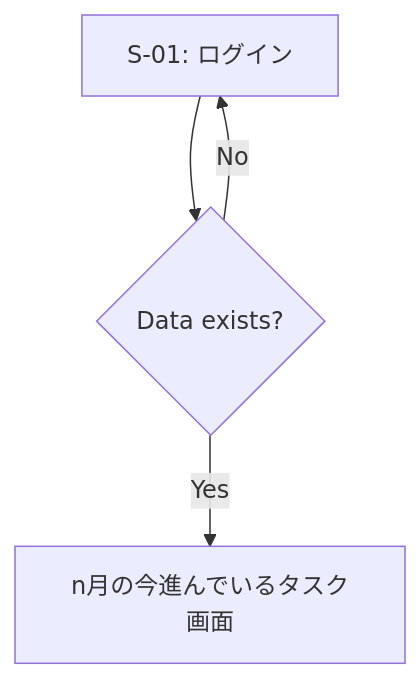
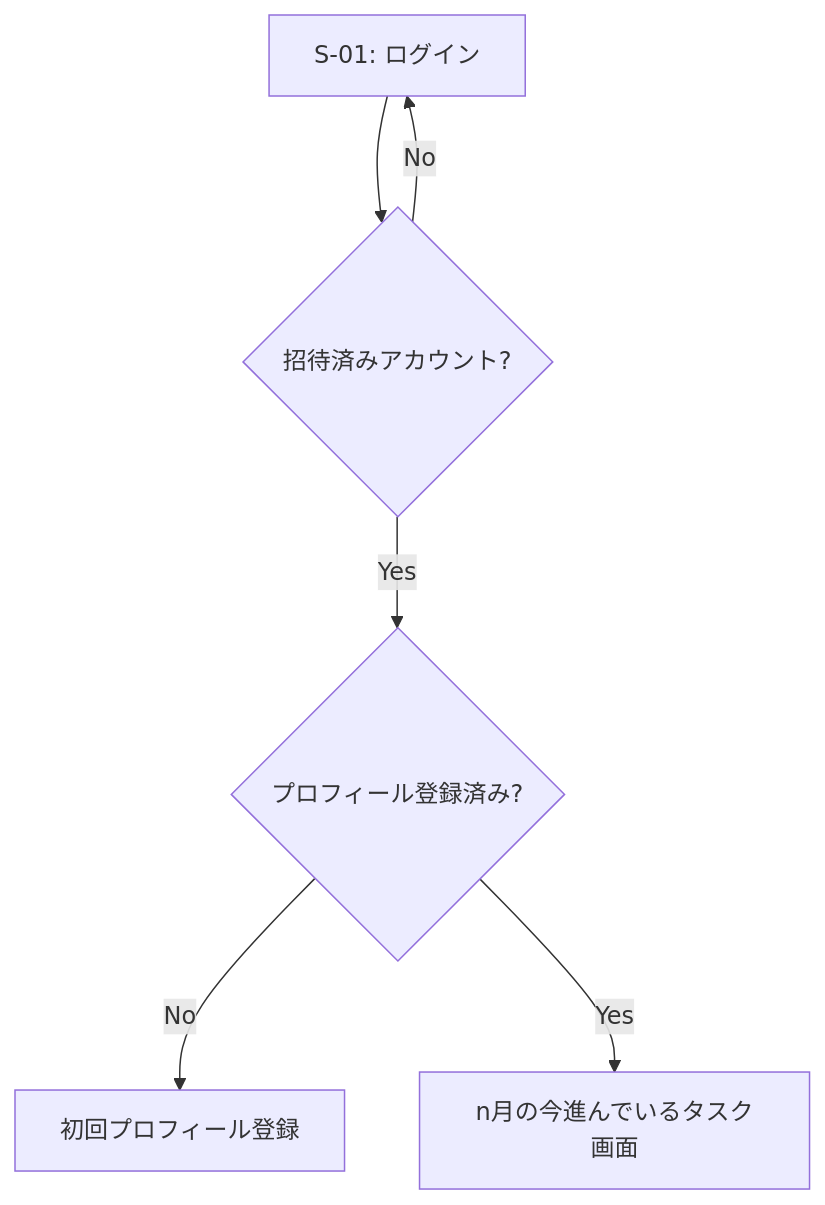
The eighth of 8 diagrams in doc/03_screen-flow.md (StepByCode/ashiato), drawn with Mermaid before and after one commit. The commit also changed other lines of this file and 10 other files, not shown here.

Commit message:
Fix login flow and secure invite access

````diff
--- a/doc/03_screen-flow.md
+++ b/doc/03_screen-flow.md
@@ -121,6 +123,8 @@
 ```mermaid
 flowchart TD
-    S01["S-01: ログイン"] --> HasData{"Data exists?"}
-    HasData -->|"No"| S01
-    HasData -->|"Yes"| CurrentTask["n月の今進んでいるタスク画面"]
+    S01["S-01: ログイン"] --> HasAccount{"招待済みアカウント?"}
+    HasAccount -->|"No"| S01
+    HasAccount -->|"Yes"| HasProfile{"プロフィール登録済み?"}
+    HasProfile -->|"No"| S02["初回プロフィール登録"]
+    HasProfile -->|"Yes"| CurrentTask["n月の今進んでいるタスク画面"]
 ```
````
